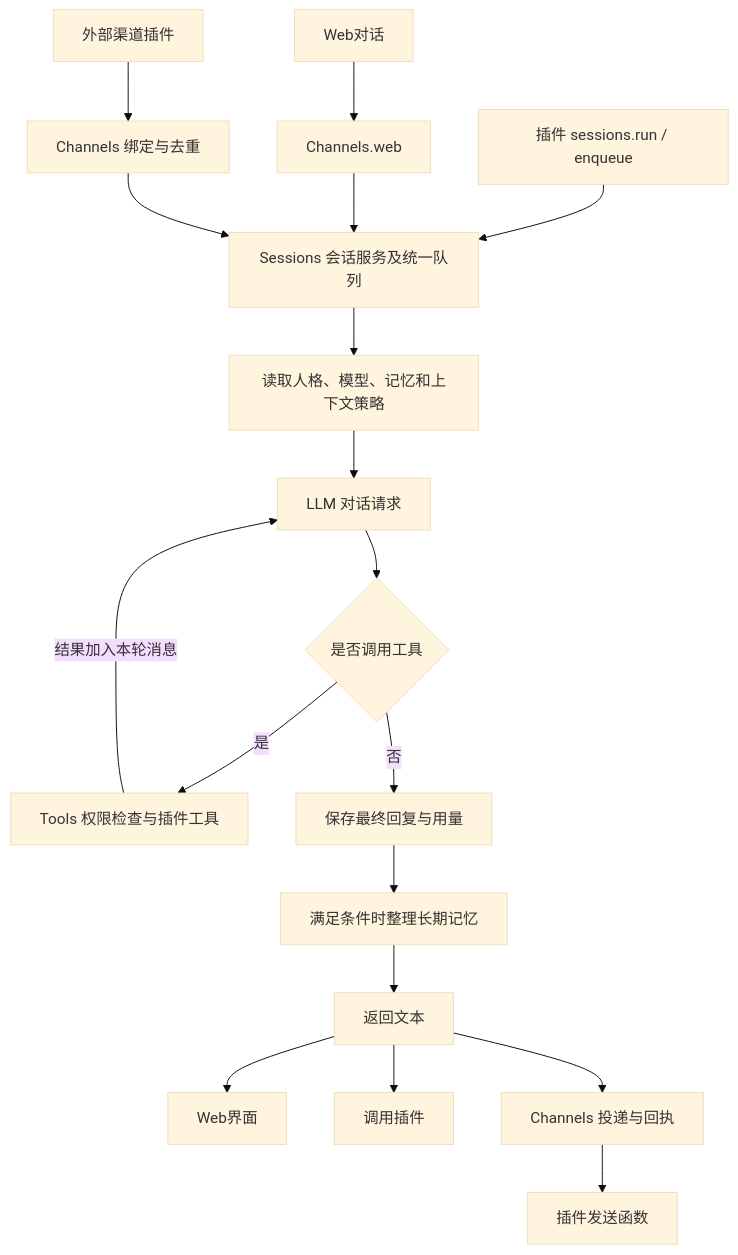
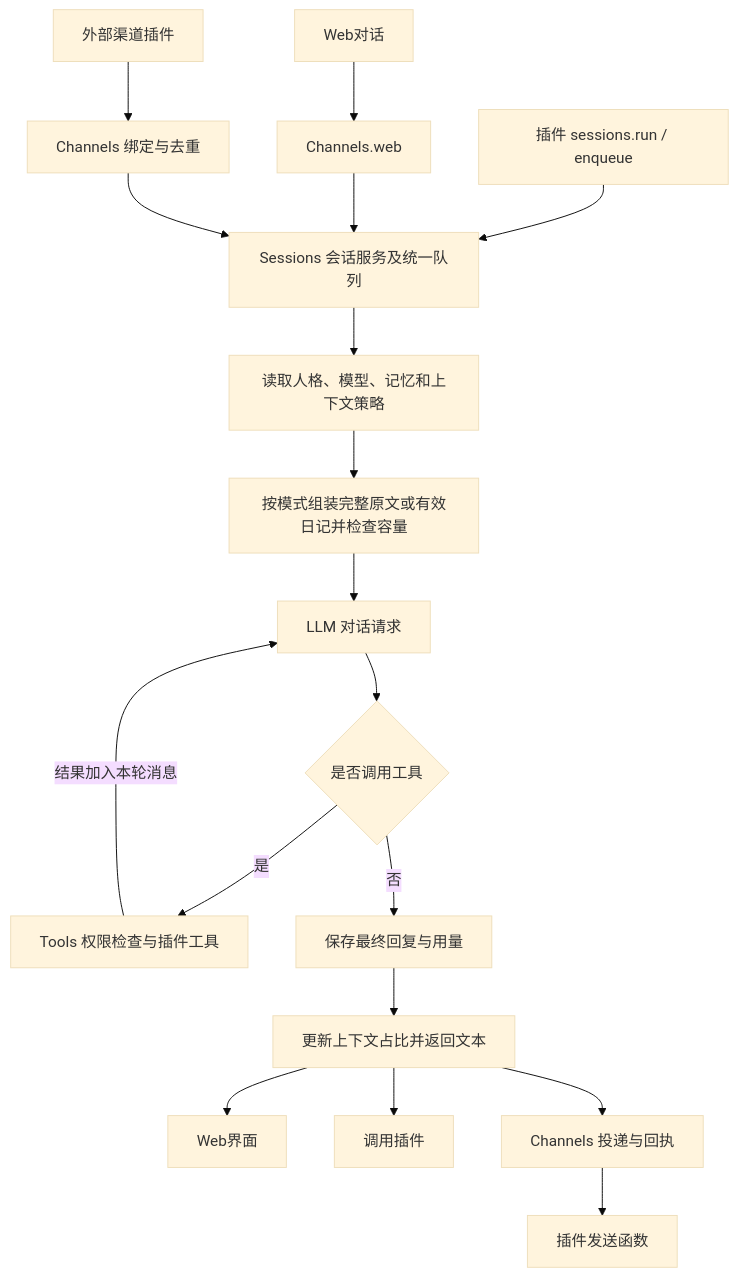
One commit to FelixTaXk/whalelife changed the diagram in architecture/STATUS.md. Above: the diagram before and after it, drawn with Mermaid (base theme). The commit also changed other lines of this file and 25 other files, not shown here.

```diff
--- a/architecture/STATUS.md
+++ b/architecture/STATUS.md
@@ -147,20 +146,20 @@
 ~~~mermaid
 flowchart TD
   W[Web对话] --> CW[Channels.web]
   P[插件 sessions.run / enqueue] --> S[Sessions 会话服务及统一队列]
   E[外部渠道插件] --> C[Channels 绑定与去重]
   CW --> S
   C --> S
   S --> A[读取人格、模型、记忆和上下文策略]
-  A --> L[LLM 对话请求]
+  A --> M[按模式组装完整原文或有效日记并检查容量]
+  M --> L[LLM 对话请求]
   L --> Q{是否调用工具}
   Q -->|是| T[Tools 权限检查与插件工具]
   T -->|结果加入本轮消息| L
   Q -->|否| R[保存最终回复与用量]
-  R --> M[满足条件时整理长期记忆]
-  M --> O[返回文本]
+  R --> O[更新上下文占比并返回文本]
   O --> UI[Web界面]
   O --> PR[调用插件]
   O --> CP[Channels 投递与回执]
   CP --> D[插件发送函数]
 ~~~
```
